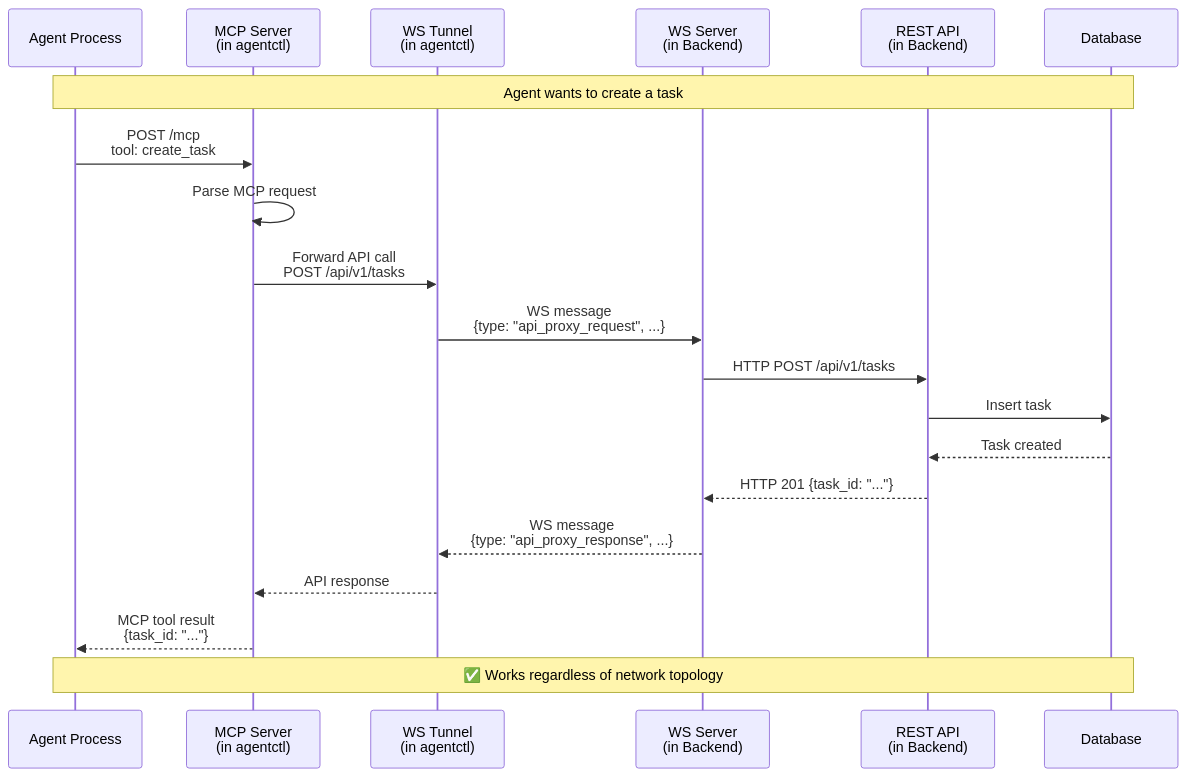
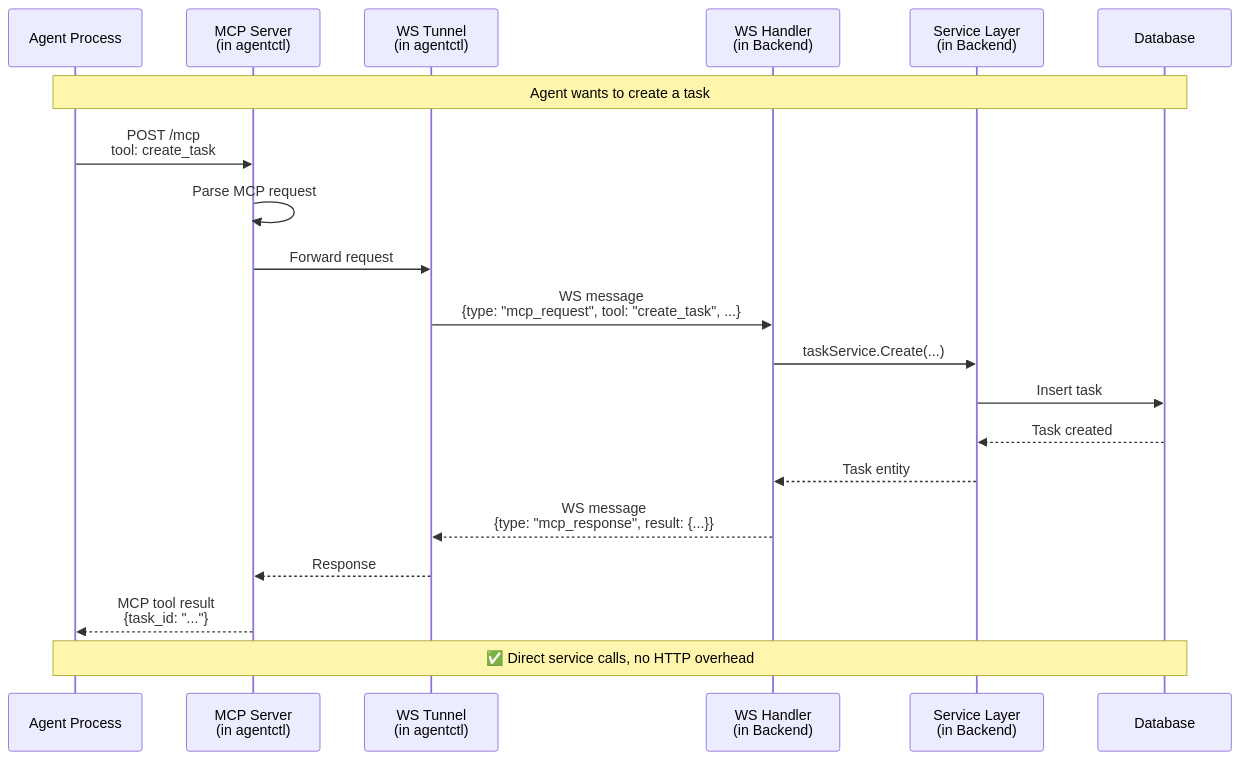
The third of 4 diagrams in docs/architecture/mcp-agentctl-migration.md (kdlbs/kandev), drawn with Mermaid before and after one commit. The commit also changed other lines of this file, not shown here.

First line of the commit message:
docs: use direct service calls instead of HTTP proxy

````diff
--- a/docs/architecture/mcp-agentctl-migration.md
+++ b/docs/architecture/mcp-agentctl-migration.md
@@ -109,27 +109,27 @@
 ```mermaid
 sequenceDiagram
     participant Agent as Agent Process
     participant MCP as MCP Server<br/>(in agentctl)
     participant Tunnel as WS Tunnel<br/>(in agentctl)
-    participant WSServer as WS Server<br/>(in Backend)
-    participant API as REST API<br/>(in Backend)
+    participant WSHandler as WS Handler<br/>(in Backend)
+    participant Service as Service Layer<br/>(in Backend)
     participant DB as Database
 
     Note over Agent,DB: Agent wants to create a task
 
     Agent->>MCP: POST /mcp<br/>tool: create_task
     MCP->>MCP: Parse MCP request
 
-    MCP->>Tunnel: Forward API call<br/>POST /api/v1/tasks
-    Tunnel->>WSServer: WS message<br/>{type: "api_proxy_request", ...}
-    WSServer->>API: HTTP POST /api/v1/tasks
-    API->>DB: Insert task
-    DB-->>API: Task created
-    API-->>WSServer: HTTP 201 {task_id: "..."}
-    WSServer-->>Tunnel: WS message<br/>{type: "api_proxy_response", ...}
-    Tunnel-->>MCP: API response
+    MCP->>Tunnel: Forward request
+    Tunnel->>WSHandler: WS message<br/>{type: "mcp_request", tool: "create_task", ...}
+    WSHandler->>Service: taskService.Create(...)
+    Service->>DB: Insert task
+    DB-->>Service: Task created
+    Service-->>WSHandler: Task entity
+    WSHandler-->>Tunnel: WS message<br/>{type: "mcp_response", result: {...}}
+    Tunnel-->>MCP: Response
 
     MCP-->>Agent: MCP tool result<br/>{task_id: "..."}
 
-    Note over Agent,DB: ✅ Works regardless of network topology
+    Note over Agent,DB: ✅ Direct service calls, no HTTP overhead
 ```
````
